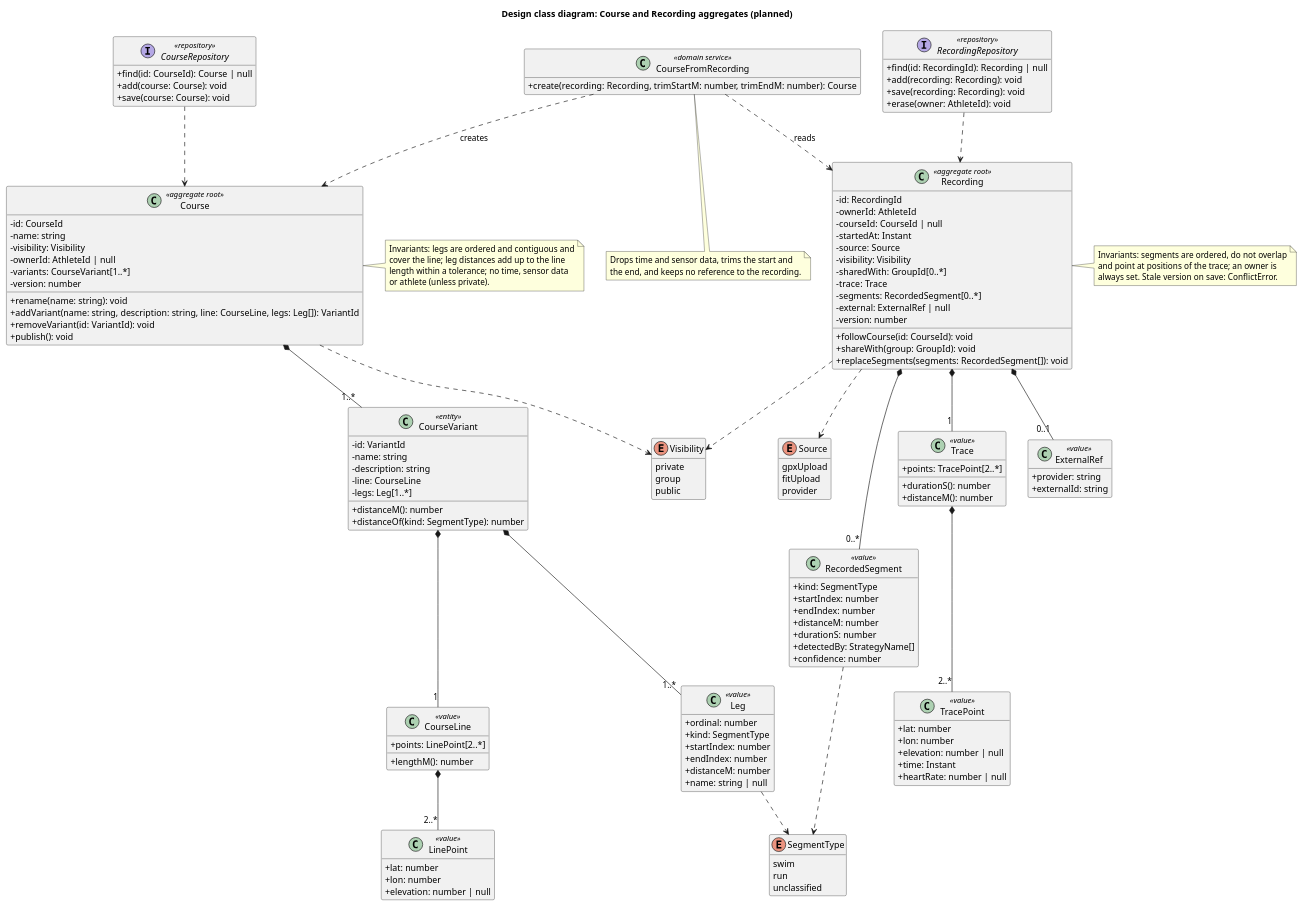
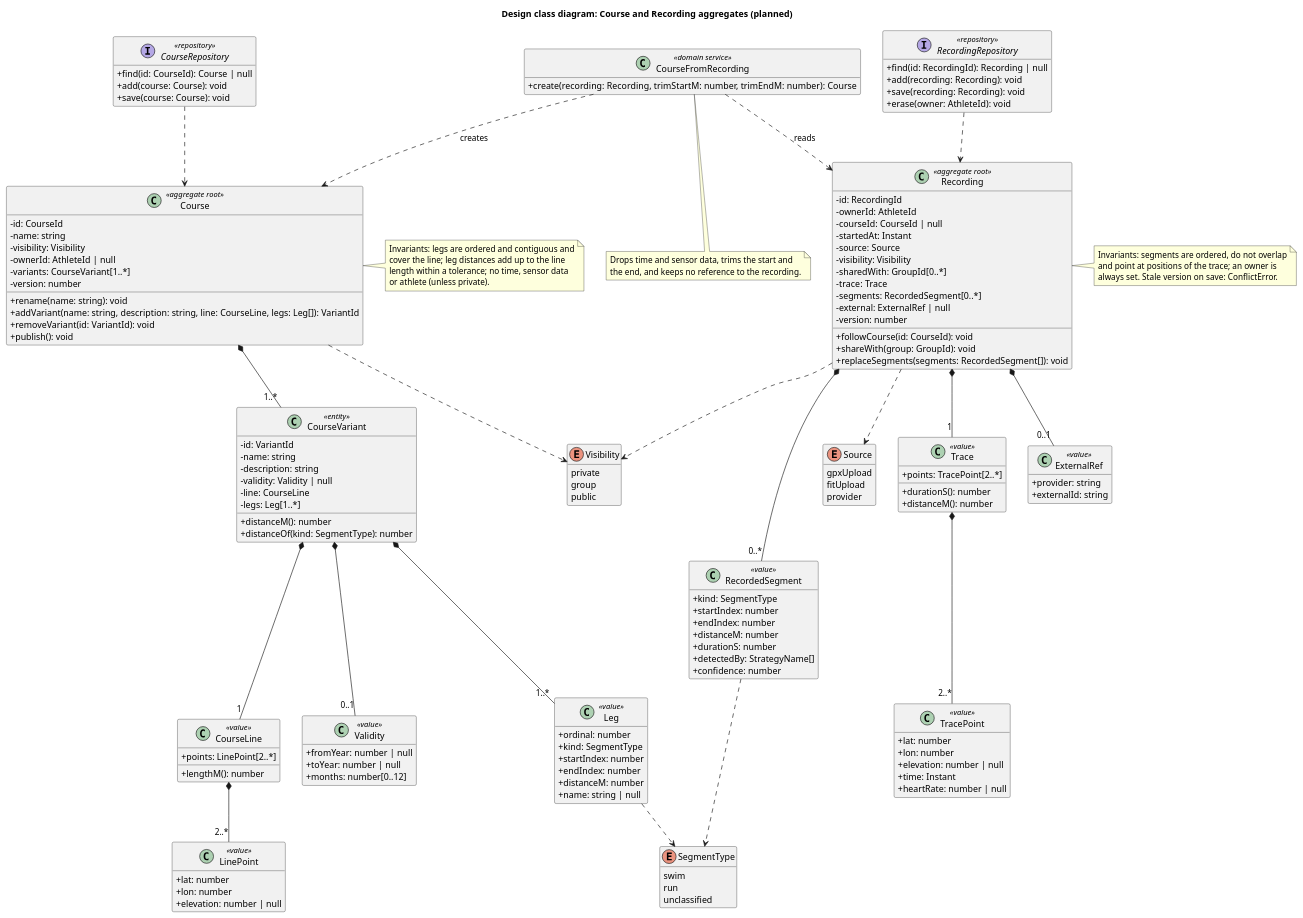
The fifth of 5 diagrams in docs/software-guidebook.md (swimrun/tigerlegs), drawn with PlantUML before and after one commit. The commit also changed other lines of this file and 3 other files, not shown here.

Commit message:
Keep timestamps in samples, add validity to course variants (#72)

```diff
--- a/docs/software-guidebook.md
+++ b/docs/software-guidebook.md
@@ -743,10 +745,16 @@
   -id: VariantId
   -name: string
   -description: string
+  -validity: Validity | null
   -line: CourseLine
   -legs: Leg[1..*]
   +distanceM(): number
   +distanceOf(kind: SegmentType): number
+}
+class Validity <<value>> {
+  +fromYear: number | null
+  +toYear: number | null
+  +months: number[0..12]
 }
 class CourseLine <<value>> {
   +points: LinePoint[2..*]
@@ -841,6 +849,7 @@
 
 Course *-- "1..*" CourseVariant
 CourseVariant *-- "1" CourseLine
+CourseVariant *-- "0..1" Validity
 CourseLine *-- "2..*" LinePoint
 CourseVariant *-- "1..*" Leg
 Leg ..> SegmentType
```
